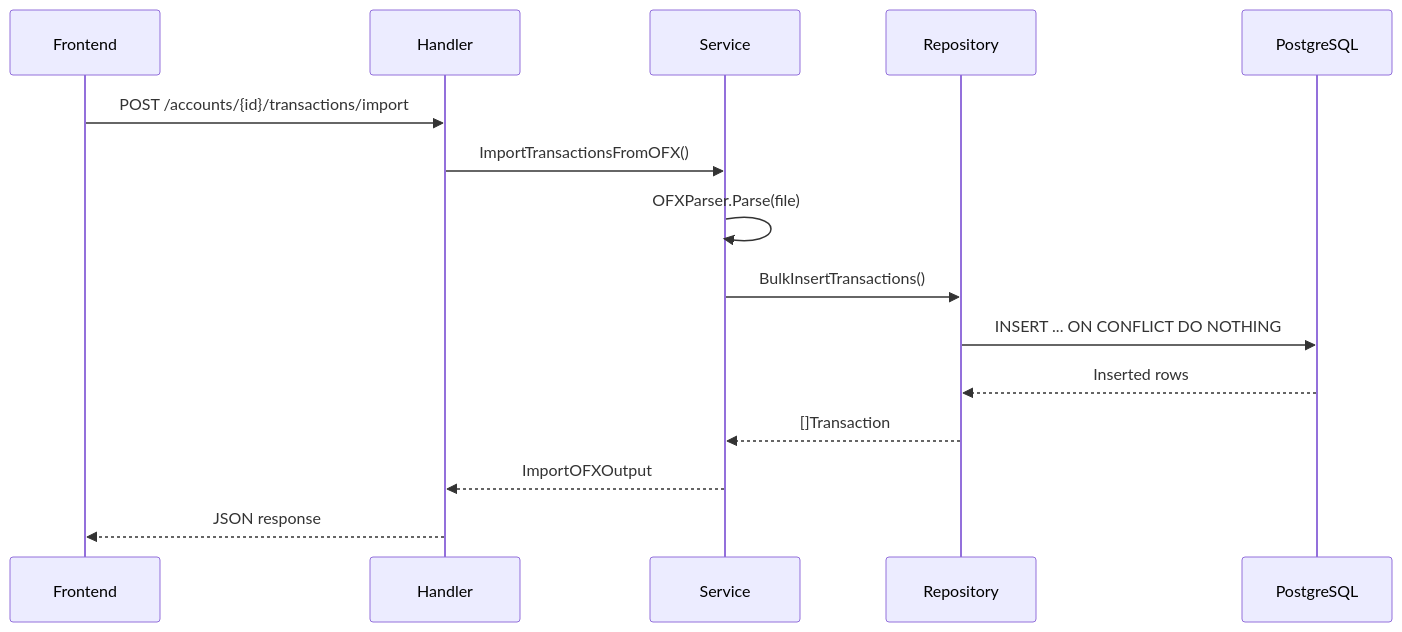
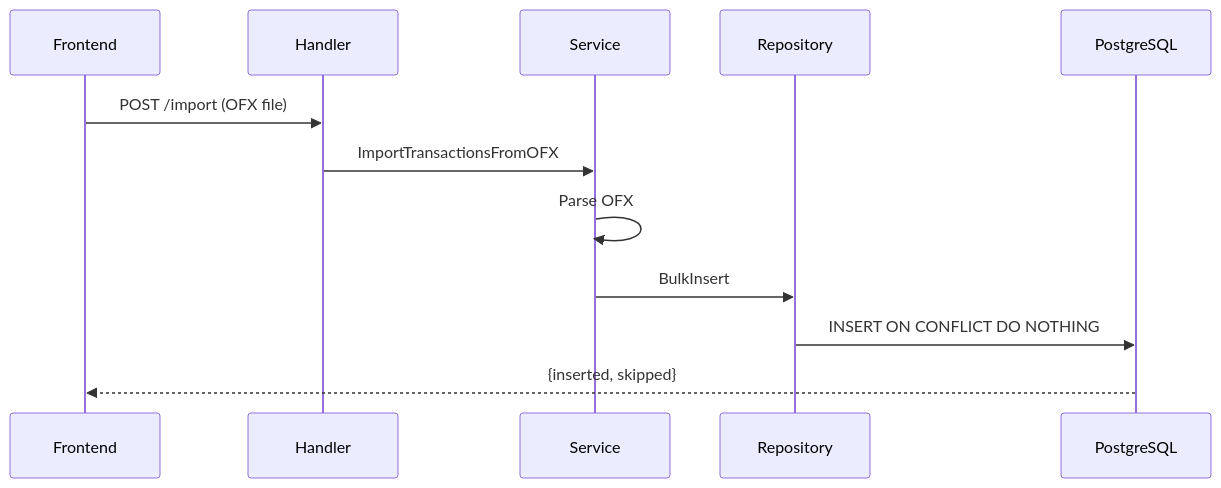
One commit to lucastamoios/celeiro changed the fourth of 5 diagrams in docs/architecture.md. Above: the diagram before and after it, drawn with Mermaid. The commit also changed other lines of this file and 36 other files, not shown here.

````diff
--- a/docs/architecture.md
+++ b/docs/architecture.md
@@ -148,18 +82,15 @@
 ```mermaid
 sequenceDiagram
     participant FE as Frontend
     participant H as Handler
     participant S as Service
     participant R as Repository
     participant DB as PostgreSQL
 
-    FE->>H: POST /accounts/{id}/transactions/import
-    H->>S: ImportTransactionsFromOFX()
-    S->>S: OFXParser.Parse(file)
-    S->>R: BulkInsertTransactions()
-    R->>DB: INSERT ... ON CONFLICT DO NOTHING
-    DB-->>R: Inserted rows
-    R-->>S: []Transaction
-    S-->>H: ImportOFXOutput
-    H-->>FE: JSON response
+    FE->>H: POST /import (OFX file)
+    H->>S: ImportTransactionsFromOFX
+    S->>S: Parse OFX
+    S->>R: BulkInsert
+    R->>DB: INSERT ON CONFLICT DO NOTHING
+    DB-->>FE: {inserted, skipped}
 ```
````
